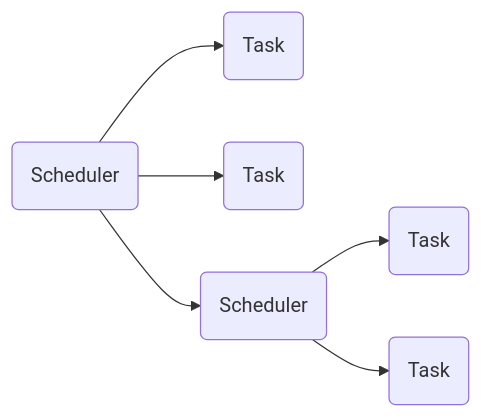
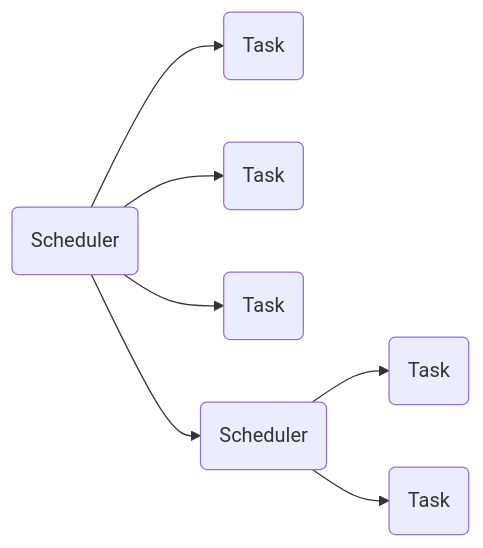
One commit to ThomasAUB/ucosm changed the diagram in README.md. Above: the diagram before and after it, drawn with Mermaid. The commit also changed other lines of this file, not shown here.

````diff
--- a/README.md
+++ b/README.md
@@ -8,19 +14,22 @@
 ```mermaid
 
 flowchart LR
 
 scheduler(Scheduler)
 
 task1(Task)
 task2(Task)
+task3(Task)
 schedTask(Scheduler)
+schedTask
 subTask1(Task)
 subTask2(Task)
 
 scheduler --> task1
 scheduler --> task2
+scheduler --> task3
 scheduler --> schedTask
 
 schedTask --> subTask1
 schedTask --> subTask2
 ```
````
